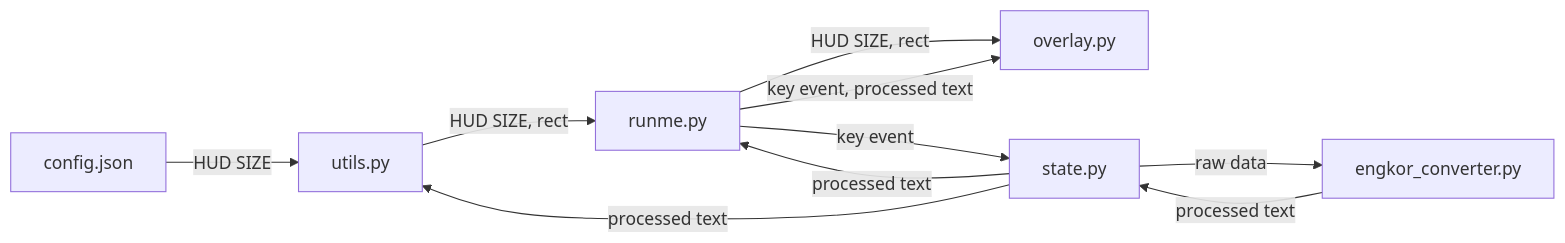
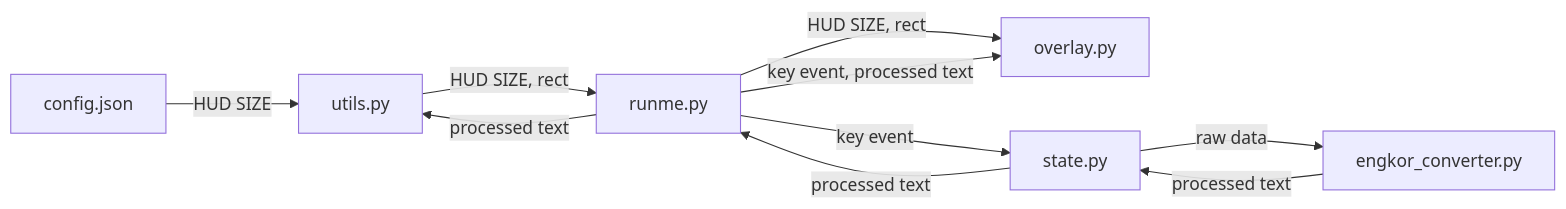
One commit to amature0000/engkor_converter changed the diagram in readme.md. Above: the diagram before and after it, drawn with Mermaid.

````diff
--- a/readme.md
+++ b/readme.md
@@ -10,14 +10,14 @@
 ```mermaid
 flowchart LR
 
-    config.json -->|HUD SIZE| utils.py
-    utils.py -->|HUD SIZE, rect| runme.py
-    runme.py -->|HUD SIZE, rect| overlay.py
-    runme.py -->|key event, processed text| overlay.py
+    config.json -->|HUD SIZE| U[utils.py]
+    U -->|HUD SIZE, rect| M[runme.py]
+    M -->|HUD SIZE, rect| O[overlay.py]
+    M -->|key event, processed text| O
     
-    runme.py -->|key event| state.py
-    state.py -->|raw data| engkor_converter.py
-    engkor_converter.py -->|processed text| state.py
-    state.py -->|processed text| runme.py
-    state.py -->|processed text| utils.py
+    M -->|key event| S[state.py]
+    S -->|raw data| C[engkor_converter.py]
+    C -->|processed text| S
+    S -->|processed text| M
+    M -->|processed text| U
 ```
````
